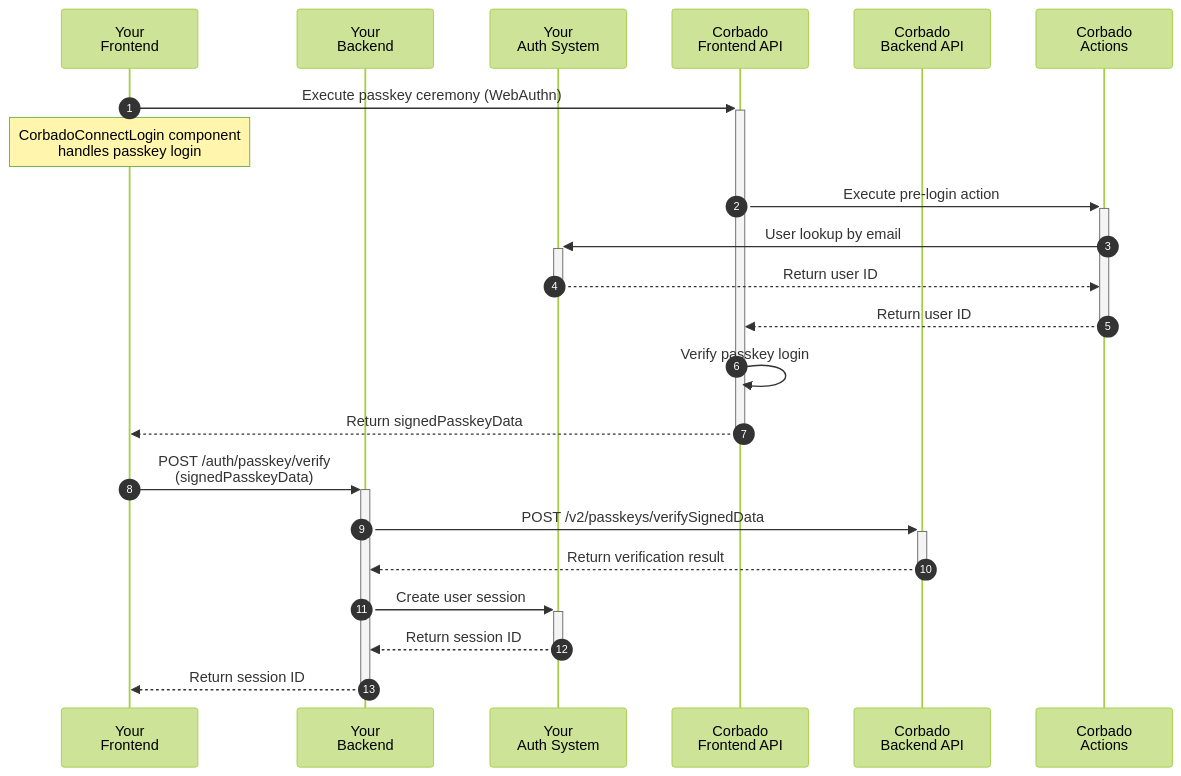
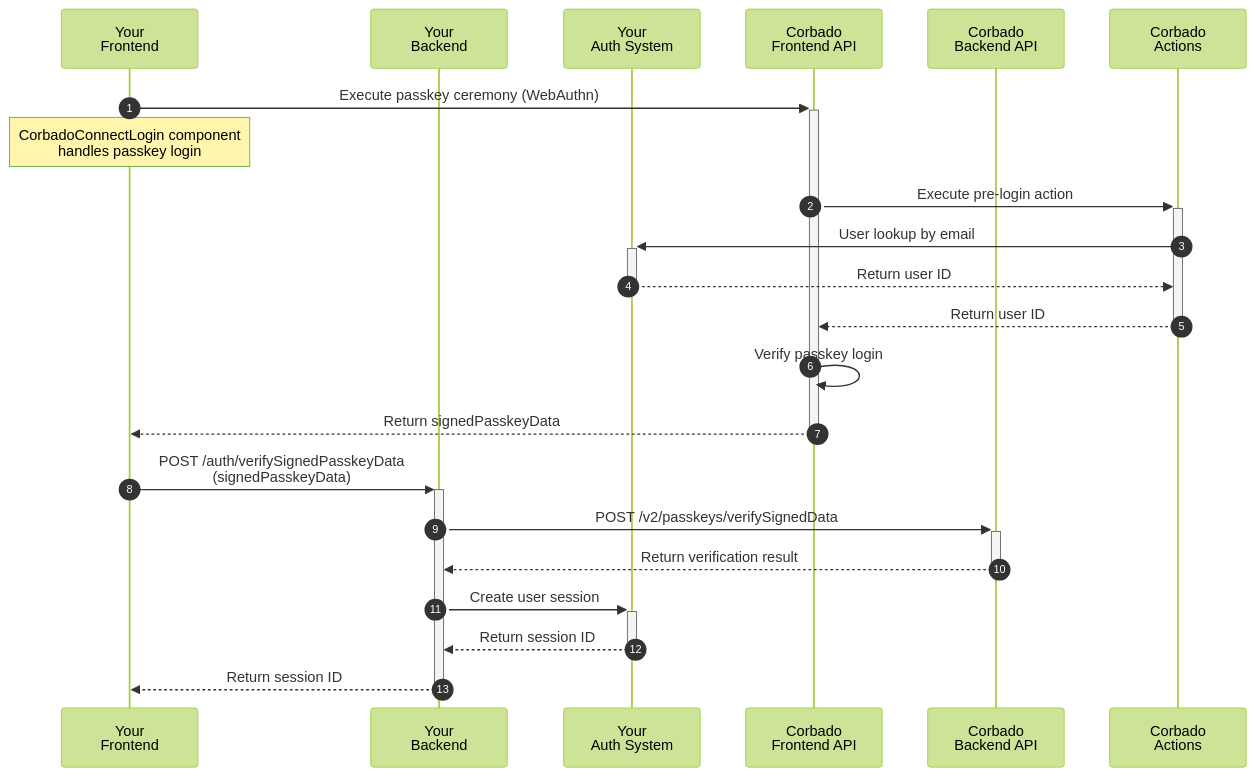
One commit to corbadotech/docs changed the third of 4 diagrams in corbado-connect/integration/generic/web.mdx. Above: the diagram before and after it, drawn with Mermaid (forest theme). The commit also changed other lines of this file and 2 other files, not shown here.

Commit message:
Renamed own backend endpoints

````diff
--- a/corbado-connect/integration/generic/web.mdx
+++ b/corbado-connect/integration/generic/web.mdx
@@ -333,26 +333,26 @@
 ```mermaid
 sequenceDiagram
     autonumber
     participant Frontend as Your<br/>Frontend
     participant Backend as Your<br/>Backend
     participant IdP as Your<br/>Auth System
     participant FAPI as Corbado<br/>Frontend API
     participant BAPI as Corbado<br/>Backend API
     participant Actions as Corbado<br/>Actions
 
     Frontend->>+FAPI: Execute passkey ceremony (WebAuthn)
     Note over Frontend: CorbadoConnectLogin component<br/>handles passkey login
     FAPI->>+Actions: Execute pre-login action
     Actions->>+IdP: User lookup by email
     IdP-->>-Actions: Return user ID
     Actions-->>-FAPI: Return user ID
     FAPI->>FAPI: Verify passkey login
     FAPI-->>-Frontend: Return signedPasskeyData
 
-    Frontend->>+Backend: POST /auth/passkey/verify<br/>(signedPasskeyData)
+    Frontend->>+Backend: POST /auth/verifySignedPasskeyData<br/>(signedPasskeyData)
     Backend->>+BAPI: POST /v2/passkeys/verifySignedData
     BAPI-->>-Backend: Return verification result
     Backend->>+IdP: Create user session
     IdP-->>-Backend: Return session ID
     Backend-->>-Frontend: Return session ID
 ```
````
